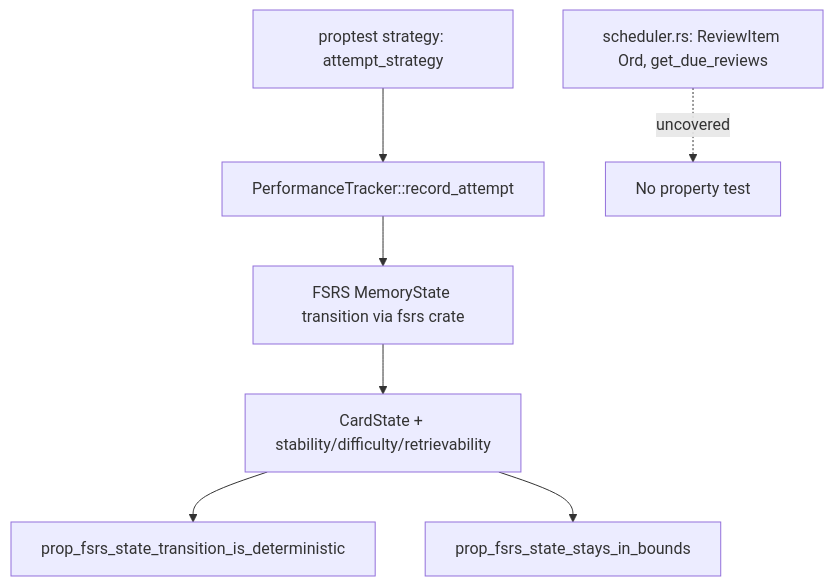
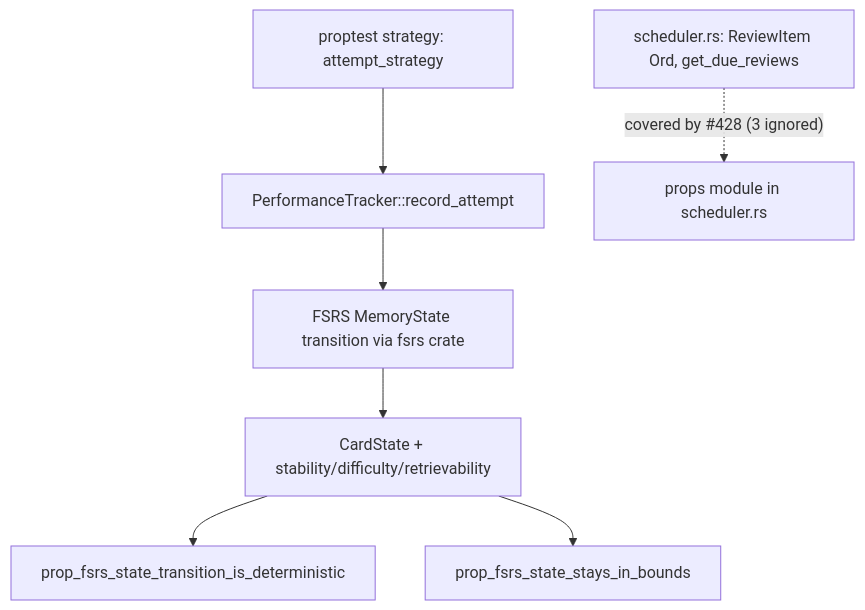
The diagram in specs/fsrs-proptest-coverage-gap/plan.md (bug-ops/helix-trainer), drawn with Mermaid before and after one commit. The commit also changed other lines of this file and 18 other files, not shown here.

````diff
--- a/specs/fsrs-proptest-coverage-gap/plan.md
+++ b/specs/fsrs-proptest-coverage-gap/plan.md
@@ -40,9 +40,9 @@
 ```mermaid
 graph TD
     A[proptest strategy: attempt_strategy] --> B[PerformanceTracker::record_attempt]
     B --> C[FSRS MemoryState transition via fsrs crate]
     C --> D[CardState + stability/difficulty/retrievability]
     D --> E1[prop_fsrs_state_transition_is_deterministic]
     D --> E2[prop_fsrs_state_stays_in_bounds]
-    F[scheduler.rs: ReviewItem Ord, get_due_reviews] -.uncovered.-> G[No property test]
+    F[scheduler.rs: ReviewItem Ord, get_due_reviews] -.covered by #428 (3 ignored).-> G[props module in scheduler.rs]
 ```
````
